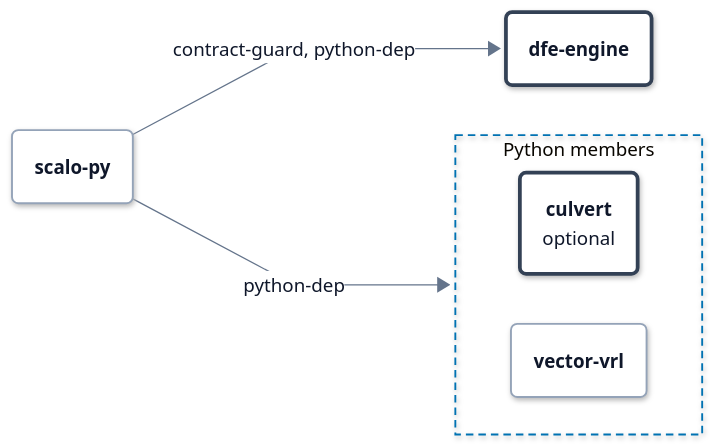
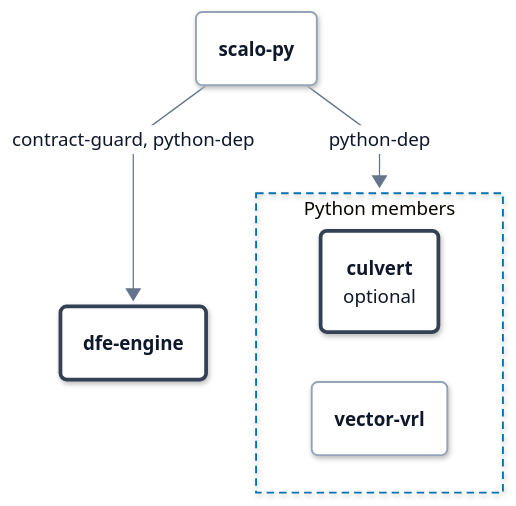
The fourth of 19 diagrams in docs/suite-graph.md (hyperi-io/dfe-infra), drawn with Mermaid before and after one commit. The commit also changed other lines of this file and 17 other files, not shown here.

First line of the commit message:
docs(architecture): map suite in architecture.md and fit charts to 860 px (#1152)

````diff
--- a/docs/suite-graph.md
+++ b/docs/suite-graph.md
@@ -355,76 +357,76 @@
 ```mermaid
 ---
 config:
   theme: base
   look: neo
   fontFamily: Inter, -apple-system, Segoe UI, Roboto, Helvetica, Arial, sans-serif
   flowchart:
     curve: linear
     nodeSpacing: 40
     rankSpacing: 64
     padding: 18
     wrappingWidth: 280
     htmlLabels: true
   elk:
     preset: modelOrder
   themeVariables:
     fontSize: 15px
     lineColor: "#64748B"
     primaryTextColor: "#0F172A"
     clusterBorder: "#0072B2"
     edgeLabelBackground: "#FFFFFF"
   themeCSS: >-
     p{margin:0}
     .node[data-look] rect,.node[data-look] path,.node[data-look] polygon,.node[data-look] .outer-path{filter:drop-shadow(0 1px 2px rgba(15,23,42,.10)) drop-shadow(0 6px 14px rgba(15,23,42,.10))}
     .node rect{rx:10px;ry:10px}
     .cluster rect{rx:16px;ry:16px}
     .node .label div{min-width:150px}
     .node.decision .label div{min-width:0}
     .cluster[data-look] rect{filter:none}
     .nodeLabel{line-height:1.35}
     .nodeLabel b{font-weight:600;font-size:15px;letter-spacing:-0.01em}
     .nodeLabel span{font-size:12.5px;font-weight:400;color:#334155}
     .cluster-label span.nodeLabel{display:inline-block;background:#FFFFFF;color:#0B2A3F;border:1.5px solid #0072B2;border-radius:999px;padding:2px 12px;font-size:11.5px;font-weight:700;letter-spacing:.09em;text-transform:uppercase}
     .flowchart-link{stroke-width:1.75px}
     .labelBkg{background:transparent!important}
     span.edgeLabel{display:inline-block;background:#FFFFFF!important;color:#1E293B;border:1px solid #94A3B8;border-radius:999px;padding:2px 10px;font-size:12px;font-weight:500}
     span.edgeLabel p{background:transparent!important}
     .label-icon{width:20px;height:20px;vertical-align:-4px;margin-right:6px}
     .ingest .label-icon{color:#0E8A7D}
     .xform .label-icon{color:#7B4FB0}
     .load .label-icon{color:#0072B2}
     .bus .label-icon{color:#A8517F}
     .store .label-icon{color:#00785A}
     .ui .label-icon{color:#D9480F}
     .ext .label-icon{color:#64748B}
 ---
-flowchart LR
+flowchart TB
     accTitle: L4 Detail -- scalo-py build cycle
     accDescr: A scalo-py release puts 3 consumers in motion. culvert (optional) and vector-vrl take python-dep. dfe-engine takes contract-guard and python-dep.
 
     scalo_py("<b>scalo-py</b>")
     subgraph python_members["Python members"]
         direction LR
         culvert("<b>culvert</b><br/><span>optional</span>")
         vector_vrl("<b>vector-vrl</b>")
     end
     dfe_engine("<b>dfe-engine</b>")
 
     scalo_py -->|python-dep| python_members
     scalo_py -->|contract-guard, python-dep| dfe_engine
 
     class culvert,dfe_engine control
     class scalo_py,vector_vrl part
   classDef ext fill:#F4F6F8,stroke:#94A3B8,stroke-width:1.5px,stroke-dasharray:5 4,color:#0F172A
   classDef ingest fill:#FFFFFF,stroke:#0E8A7D,stroke-width:3px,color:#0F172A
   classDef xform fill:#FFFFFF,stroke:#7B4FB0,stroke-width:3px,color:#0F172A
   classDef load fill:#FFFFFF,stroke:#0072B2,stroke-width:3px,color:#0F172A
   classDef bus fill:#FFFFFF,stroke:#A8517F,stroke-width:3px,color:#0F172A
   classDef store fill:#FFFFFF,stroke:#00785A,stroke-width:3px,color:#0F172A
   classDef ui fill:#FFFFFF,stroke:#D9480F,stroke-width:3px,color:#0F172A
   classDef decision fill:#FFFFFF,stroke:#9A6700,stroke-width:3px,color:#0F172A
   classDef error fill:#FFFFFF,stroke:#C2410C,stroke-width:3px,color:#0F172A
   classDef control fill:#FFFFFF,stroke:#334155,stroke-width:3px,color:#0F172A
   classDef part fill:#FFFFFF,stroke:#94A3B8,stroke-width:1.5px,color:#0F172A
   style python_members fill:none,stroke:#0072B2,stroke-width:1.5px,stroke-dasharray:6 4
 ```
````
